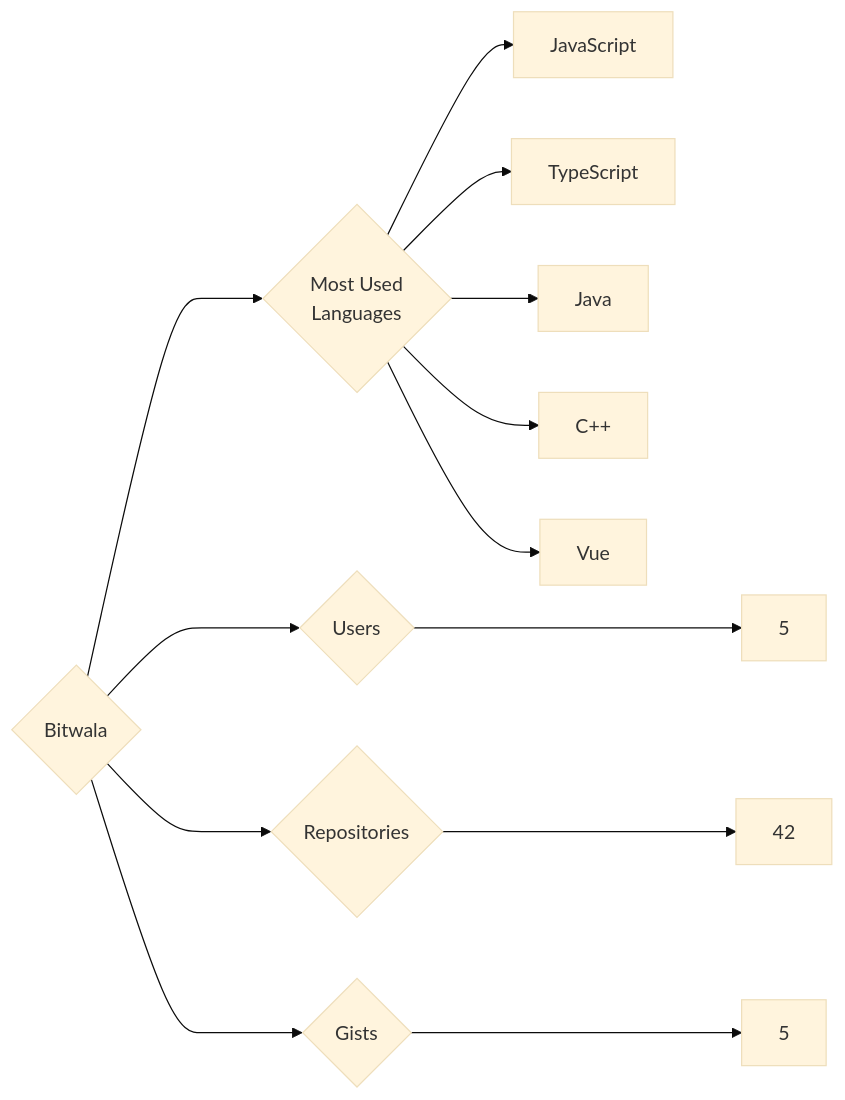
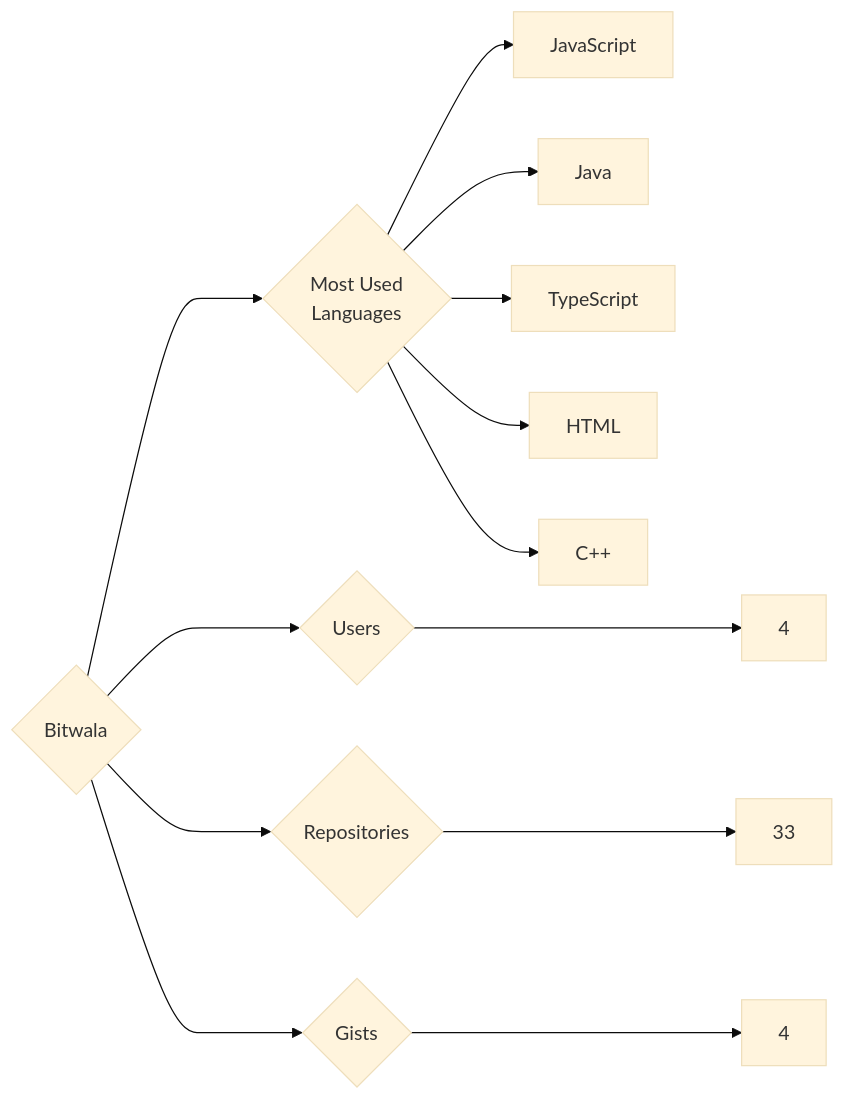
The diagram in targets/Bitwala/README.md (trickest/insiders), drawn with Mermaid (base theme) before and after one commit. The commit also changed 840 other files, not shown here.

````diff
--- a/targets/Bitwala/README.md
+++ b/targets/Bitwala/README.md
@@ -3,13 +3,13 @@
 ```mermaid
 graph LR
 COMPANY_NAME{Bitwala}
-COMPANY_NAME ---> U{Users} ---> UN[5]
-COMPANY_NAME ---> R{Repositories} ---> RN[42]
-COMPANY_NAME ---> G{Gists} ---> GN[5]
+COMPANY_NAME ---> U{Users} ---> UN[4]
+COMPANY_NAME ---> R{Repositories} ---> RN[33]
+COMPANY_NAME ---> G{Gists} ---> GN[4]
 COMPANY_NAME ---> ML{Most Used<br>Languages}
 ML --> JavaScript[JavaScript]
+ML --> Java[Java]
 ML --> TypeScript[TypeScript]
-ML --> Java[Java]
+ML --> HTML[HTML]
 ML --> C++[C++]
-ML --> Vue[Vue]
 ```
````
